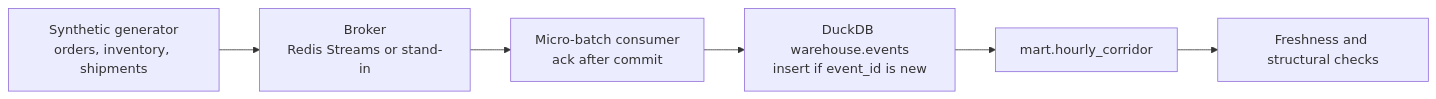
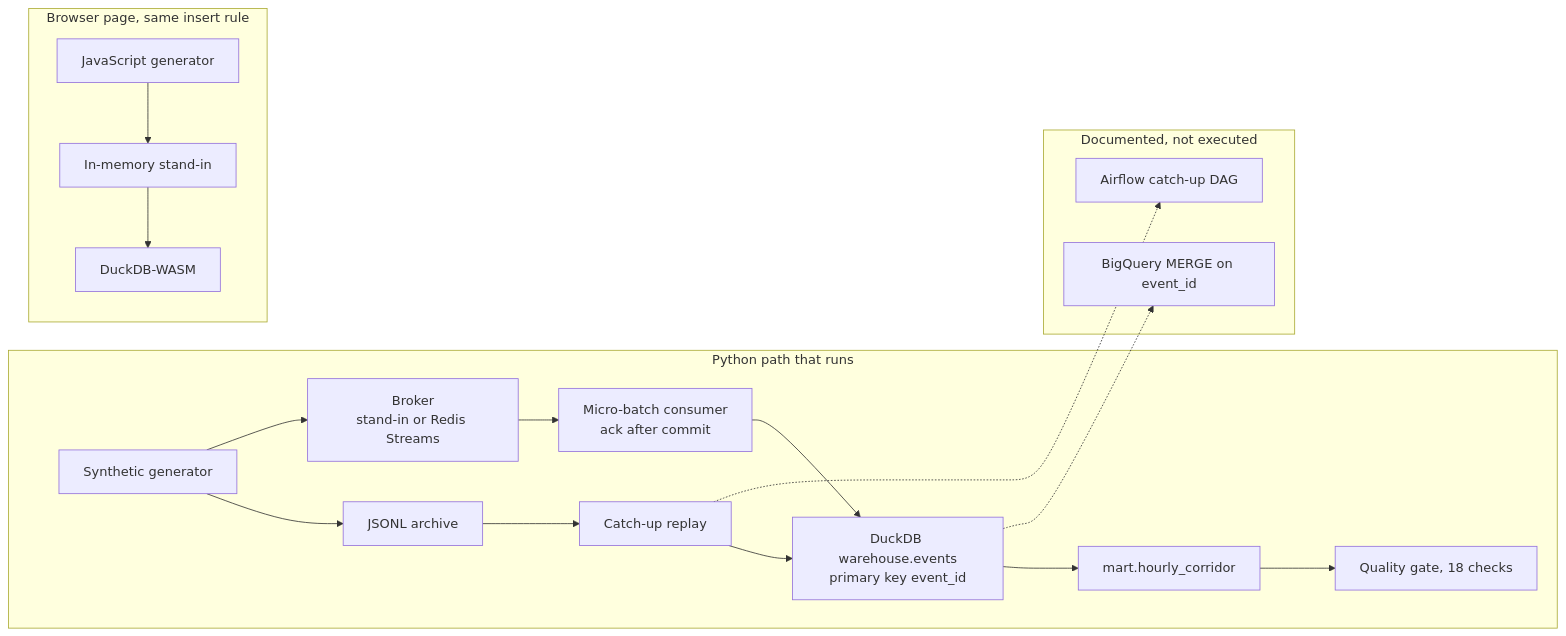
One commit to Eflores1122/streaming-events-warehouse changed the first of 4 diagrams in README.md. Above: the diagram before and after it, drawn with Mermaid. The commit also changed other lines of this file and 5 other files, not shown here.

First line of the commit message:
Explain how a synthetic event lands in the warehouse. (#3)

````diff
--- a/README.md
+++ b/README.md
@@ -35,11 +21,24 @@
 ```mermaid
 flowchart LR
-  gen["Synthetic generator<br/>orders, inventory, shipments"]
-  broker["Broker<br/>Redis Streams or stand-in"]
-  cons["Micro-batch consumer<br/>ack after commit"]
-  wh["DuckDB warehouse.events<br/>insert if event_id is new"]
-  mart["mart.hourly_corridor"]
-  dq["Freshness and structural checks"]
-
-  gen --> broker --> cons --> wh --> mart --> dq
+  subgraph local ["Python path that runs"]
+    gen["Synthetic generator"]
+    archive["JSONL archive"]
+    broker["Broker<br/>stand-in or Redis Streams"]
+    cons["Micro-batch consumer<br/>ack after commit"]
+    wh["DuckDB warehouse.events<br/>primary key event_id"]
+    mart["mart.hourly_corridor"]
+    dq["Quality gate, 18 checks"]
+    catch["Catch-up replay"]
+    gen --> archive --> catch --> wh
+    gen --> broker --> cons --> wh --> mart --> dq
+  end
+  subgraph page ["Browser page, same insert rule"]
+    jgen["JavaScript generator"] --> mem["In-memory stand-in"] --> wasm["DuckDB-WASM"]
+  end
+  subgraph shape ["Documented, not executed"]
+    bq["BigQuery MERGE on event_id"]
+    dag["Airflow catch-up DAG"]
+  end
+  wh -.-> bq
+  catch -.-> dag
 ```
````
